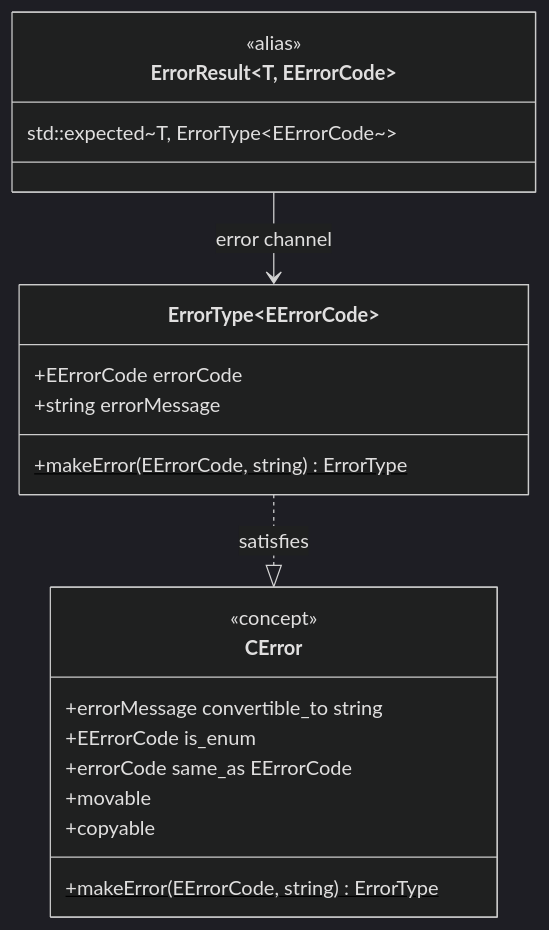
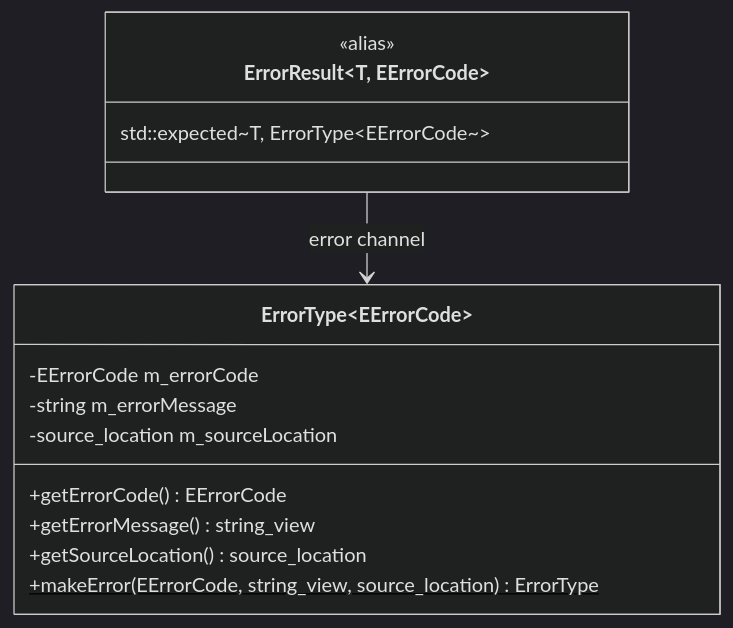
The third of 3 diagrams in doc/error_handling.md (dominikmaurer/decree), drawn with Mermaid (dark theme) before and after one commit. The commit also changed other lines of this file and 11 other files, not shown here.

````diff
--- a/doc/error_handling.md
+++ b/doc/error_handling.md
@@ -65,26 +61,19 @@
 ```mermaid
 classDiagram
     class ErrorType~EErrorCode~ {
-        +EErrorCode errorCode
-        +string errorMessage
-        +makeError(EErrorCode, string) ErrorType$
+        -EErrorCode m_errorCode
+        -string m_errorMessage
+        -source_location m_sourceLocation
+        +getErrorCode() EErrorCode
+        +getErrorMessage() string_view
+        +getSourceLocation() source_location
+        +makeError(EErrorCode, string_view, source_location) ErrorType$
     }
 
     class ErrorResult~T, EErrorCode~ {
         <<alias>>
         std::expected~T, ErrorType~EErrorCode~~
     }
 
-    class CError {
-        <<concept>>
-        +errorMessage convertible_to string
-        +EErrorCode is_enum
-        +errorCode same_as EErrorCode
-        +makeError(EErrorCode, string) ErrorType$
-        +movable
-        +copyable
-    }
-
     ErrorResult --> ErrorType : error channel
-    ErrorType ..|> CError : satisfies
 ```
````
